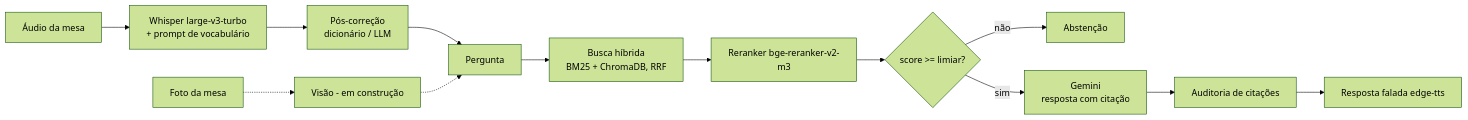
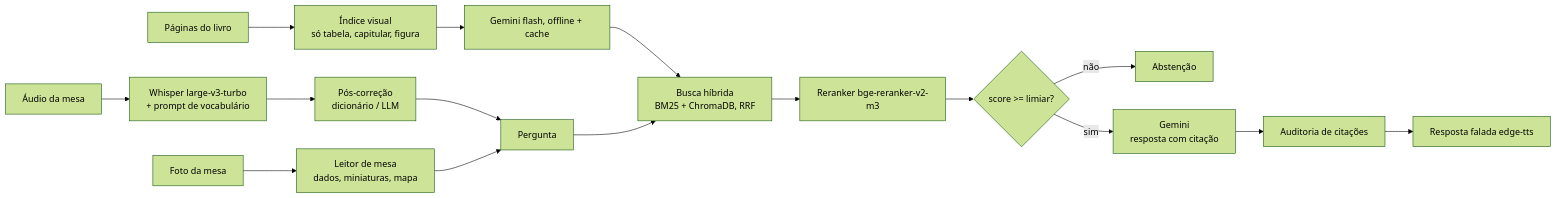
The diagram in README.md (rvopvaz02/assistente-mestre-dnd), drawn with Mermaid (forest theme) before and after one commit. The commit also changed other lines of this file and 18 other files, not shown here.

First line of the commit message:
Adiciona visão: leitura de páginas integrada ao RAG e leitor de fotos da mesa

````diff
--- a/README.md
+++ b/README.md
@@ -26,15 +26,18 @@
 ```mermaid
 flowchart LR
     Mic[Áudio da mesa] --> ASR[Whisper large-v3-turbo<br/>+ prompt de vocabulário]
     ASR --> Corr[Pós-correção<br/>dicionário / LLM]
     Corr --> Q[Pergunta]
-    Cam[Foto da mesa] -.-> Vis[Visão - em construção]
-    Vis -.-> Q
+    Cam[Foto da mesa] --> Mesa[Leitor de mesa<br/>dados, miniaturas, mapa]
+    Mesa --> Q
+    PDF[Páginas do livro] --> Sel[Índice visual<br/>só tabela, capitular, figura]
+    Sel --> VisP[Gemini flash, offline + cache]
+    VisP --> Ret
     Q --> Ret[Busca híbrida<br/>BM25 + ChromaDB, RRF]
     Ret --> RR[Reranker bge-reranker-v2-m3]
     RR --> Gate{score >= limiar?}
     Gate -- não --> Abs[Abstenção]
     Gate -- sim --> LLM[Gemini<br/>resposta com citação]
     LLM --> Aud[Auditoria de citações]
     Aud --> TTS[Resposta falada edge-tts]
 ```
````
